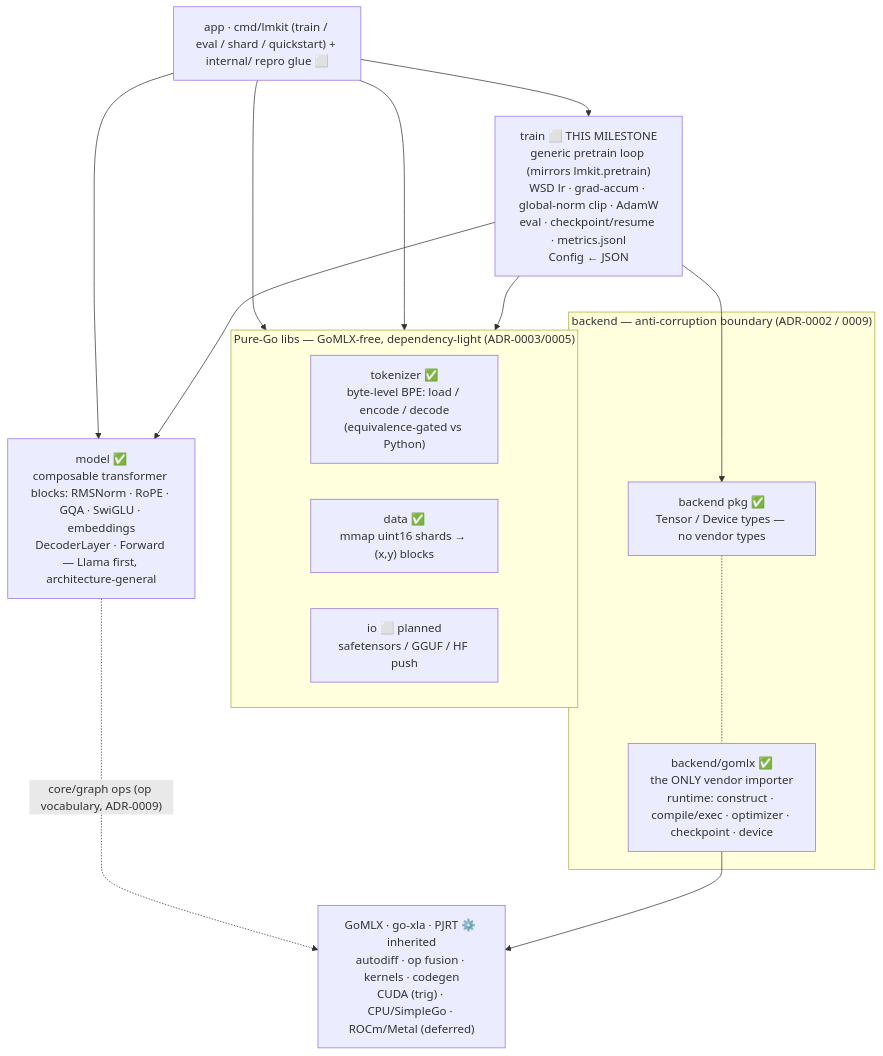
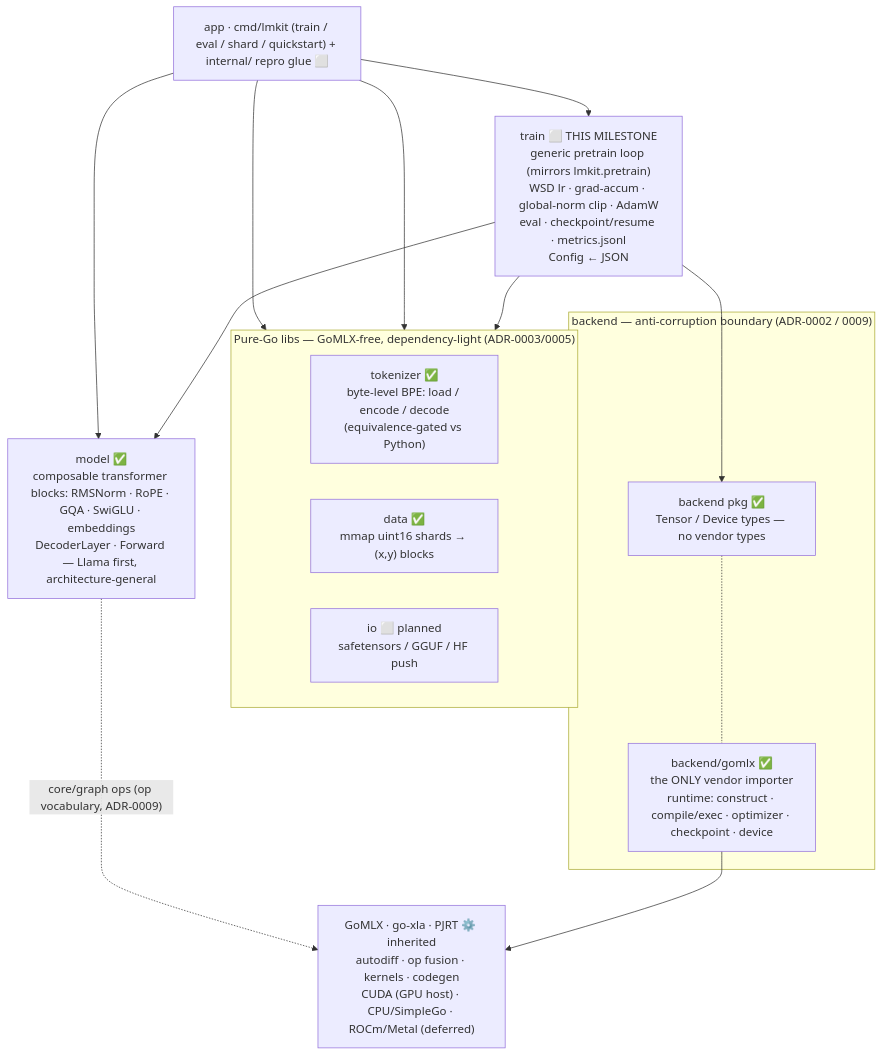
The first of 2 diagrams in docs/architecture.md (guygrigsby/lmkit-go), drawn with Mermaid before and after one commit. The commit also changed other lines of this file and 12 other files, not shown here.

````diff
--- a/docs/architecture.md
+++ b/docs/architecture.md
@@ -7,33 +7,33 @@
 ```mermaid
 flowchart TB
   CLI["app · cmd/lmkit (train / eval / shard / quickstart) + internal/ repro glue ⬜"]
 
   subgraph PUREGO["Pure-Go libs — GoMLX-free, dependency-light (ADR-0003/0005)"]
     direction LR
     TOK["tokenizer ✅<br/>byte-level BPE: load / encode / decode<br/>(equivalence-gated vs Python)"]
     DATA["data ✅<br/>mmap uint16 shards → (x,y) blocks"]
     IO["io ⬜ planned<br/>safetensors / GGUF / HF push"]
   end
 
   TRAIN["train ⬜ THIS MILESTONE<br/>generic pretrain loop (mirrors lmkit.pretrain)<br/>WSD lr · grad-accum · global-norm clip · AdamW<br/>eval · checkpoint/resume · metrics.jsonl<br/>Config ← JSON"]
 
   MODEL["model ✅<br/>composable transformer blocks: RMSNorm · RoPE · GQA · SwiGLU · embeddings<br/>DecoderLayer · Forward — Llama first, architecture-general"]
 
   subgraph BND["backend — anti-corruption boundary (ADR-0002 / 0009)"]
     IFACE["backend pkg ✅<br/>Tensor / Device types — no vendor types"]
     ADP["backend/gomlx ✅<br/>the ONLY vendor importer<br/>runtime: construct · compile/exec · optimizer · checkpoint · device"]
   end
 
-  VENDOR["GoMLX · go-xla · PJRT ⚙️ inherited<br/>autodiff · op fusion · kernels · codegen<br/>CUDA (trig) · CPU/SimpleGo · ROCm/Metal (deferred)"]
+  VENDOR["GoMLX · go-xla · PJRT ⚙️ inherited<br/>autodiff · op fusion · kernels · codegen<br/>CUDA (GPU host) · CPU/SimpleGo · ROCm/Metal (deferred)"]
 
   CLI --> TRAIN
   CLI --> MODEL
   CLI --> DATA
   CLI --> TOK
   TRAIN --> MODEL
   TRAIN --> DATA
   TRAIN --> IFACE
   MODEL -. "core/graph ops (op vocabulary, ADR-0009)" .-> VENDOR
   ADP --> VENDOR
   IFACE -.- ADP
 ```
````
